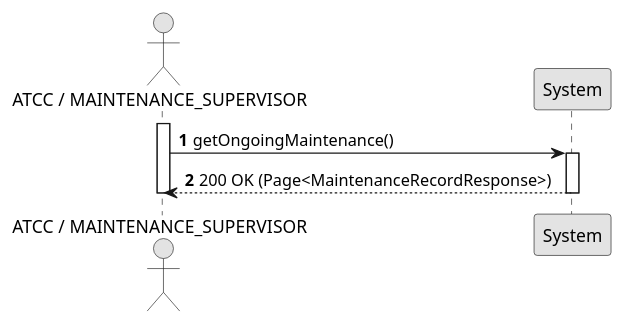
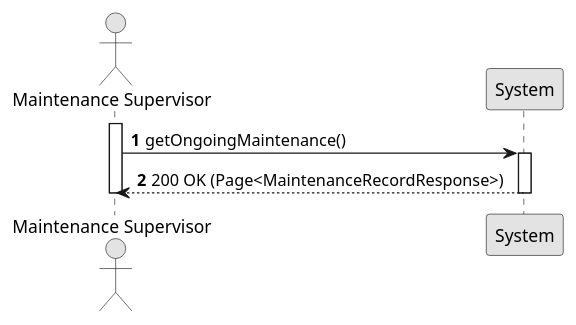
One commit to VascoMagolo/psoft_1231562_1241692_1242036_2db changed the diagram in docs/system-documentation/use-cases/WP4B/US219/puml/ssd_us219.puml. Above: the diagram before and after it, drawn with PlantUML. The commit also changed 43 other files, not shown here.

Commit message:
docs: update system documentation and diagrams for WP1B, WP4A and WP4B

```diff
--- a/docs/system-documentation/use-cases/WP4B/US219/puml/ssd_us219.puml
+++ b/docs/system-documentation/use-cases/WP4B/US219/puml/ssd_us219.puml
@@ -1,17 +1,17 @@
 @startuml ssd_us219
 autonumber
 skinparam monochrome true
 skinparam packageStyle rect
 skinparam shadowing false
 
-actor "ATCC / MAINTENANCE_SUPERVISOR" as Actor
+actor "Maintenance Supervisor" as Actor
 participant "System" as Sys
 
 activate Actor
 Actor -> Sys : getOngoingMaintenance()
 activate Sys
 Sys --> Actor : 200 OK (Page<MaintenanceRecordResponse>)
 deactivate Sys
 deactivate Actor
 
 @enduml
```
